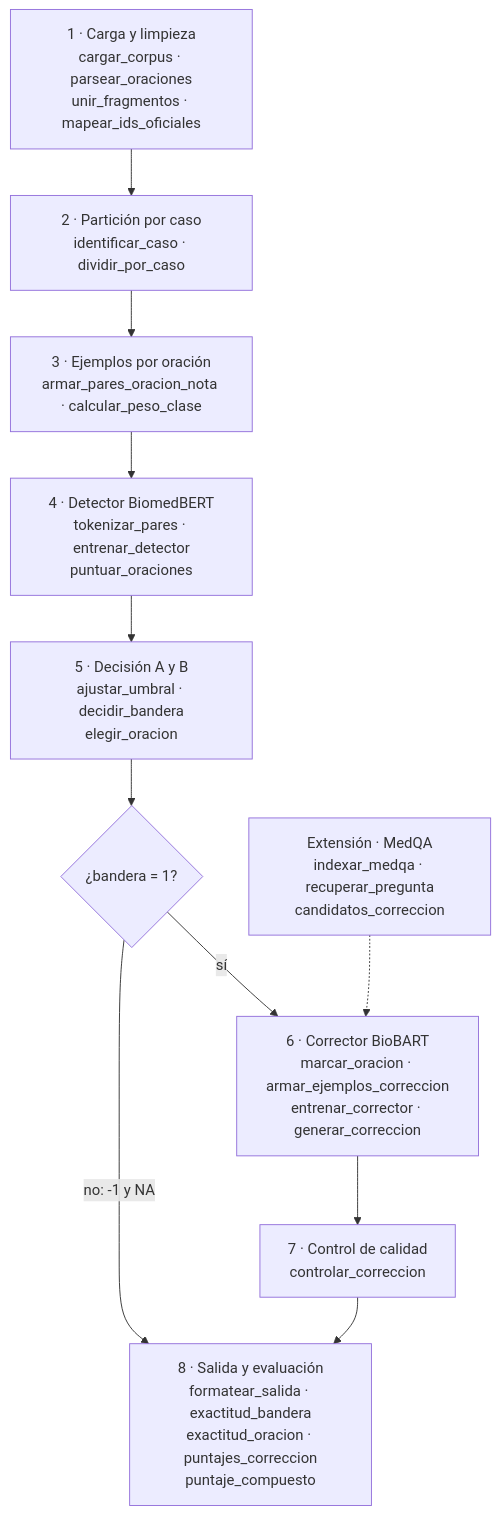
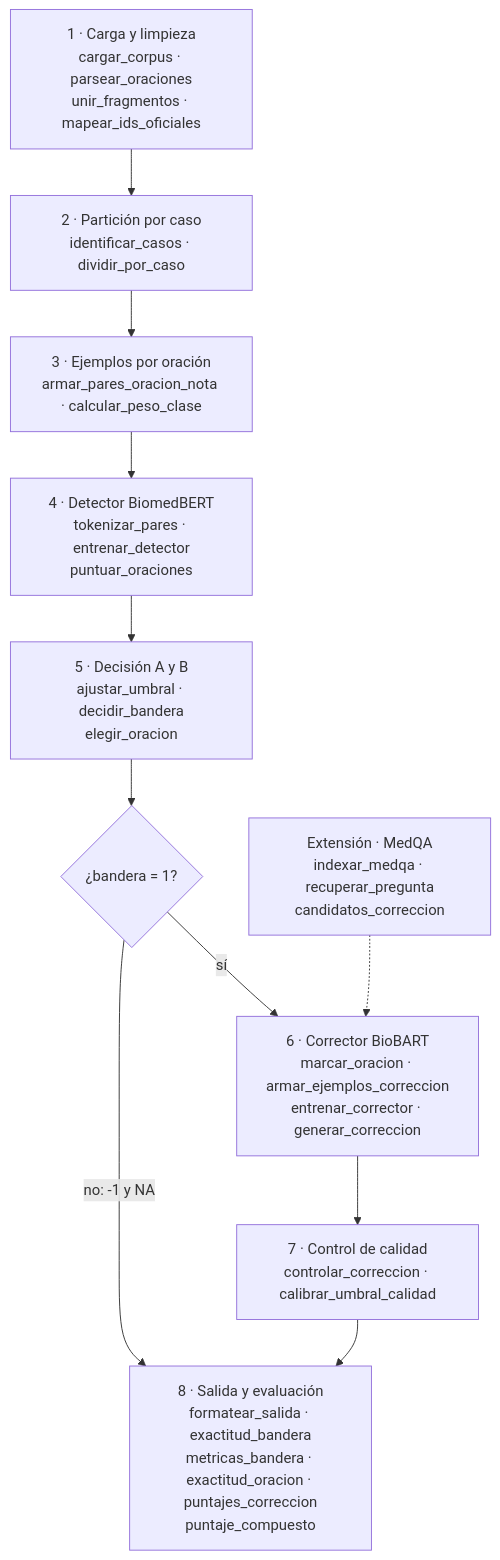
One commit to CamiloGarcia06/maestria-pln changed the diagram in README.md. Above: the diagram before and after it, drawn with Mermaid. The commit also changed other lines of this file and 9 other files, not shown here.

````diff
--- a/README.md
+++ b/README.md
@@ -115,18 +115,18 @@
 ```mermaid
 flowchart TD
     A["1 · Carga y limpieza<br/>cargar_corpus · parsear_oraciones<br/>unir_fragmentos · mapear_ids_oficiales"]
-    B["2 · Partición por caso<br/>identificar_caso · dividir_por_caso"]
+    B["2 · Partición por caso<br/>identificar_casos · dividir_por_caso"]
     C["3 · Ejemplos por oración<br/>armar_pares_oracion_nota · calcular_peso_clase"]
     D["4 · Detector BiomedBERT<br/>tokenizar_pares · entrenar_detector<br/>puntuar_oraciones"]
     E["5 · Decisión A y B<br/>ajustar_umbral · decidir_bandera<br/>elegir_oracion"]
     F{"¿bandera = 1?"}
     G["6 · Corrector BioBART<br/>marcar_oracion · armar_ejemplos_correccion<br/>entrenar_corrector · generar_correccion"]
-    H["7 · Control de calidad<br/>controlar_correccion"]
-    I["8 · Salida y evaluación<br/>formatear_salida · exactitud_bandera<br/>exactitud_oracion · puntajes_correccion<br/>puntaje_compuesto"]
+    H["7 · Control de calidad<br/>controlar_correccion · calibrar_umbral_calidad"]
+    I["8 · Salida y evaluación<br/>formatear_salida · exactitud_bandera<br/>metricas_bandera · exactitud_oracion · puntajes_correccion<br/>puntaje_compuesto"]
     X["Extensión · MedQA<br/>indexar_medqa · recuperar_pregunta<br/>candidatos_correccion"]
 
     A --> B --> C --> D --> E --> F
     F -- "sí" --> G --> H --> I
     F -- "no: -1 y NA" --> I
     X -.-> G
 ```
````
